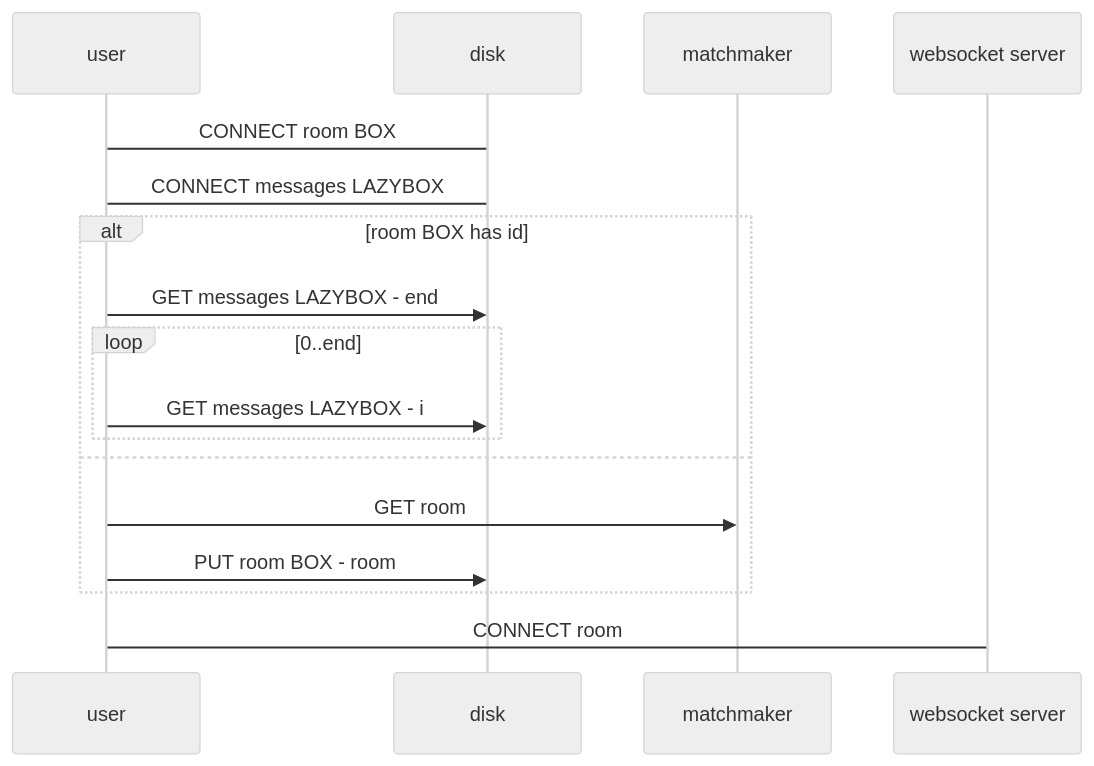
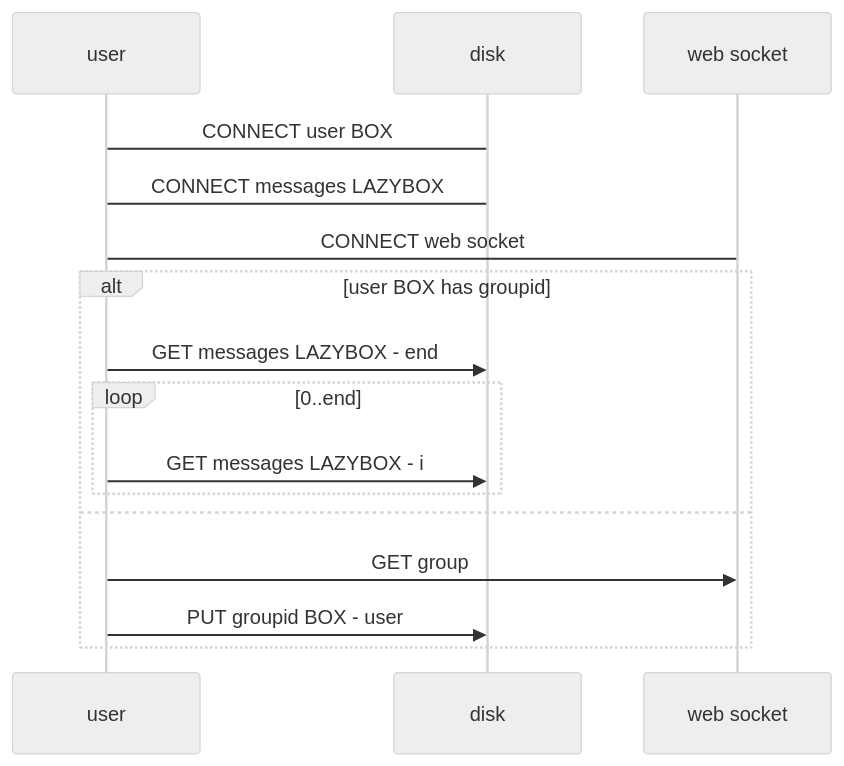
The third of 4 diagrams in README.md (AdrKacz/super-duper-guacamole), drawn with Mermaid (neutral theme) before and after one commit. The commit also changed other lines of this file, not shown here.

````diff
--- a/README.md
+++ b/README.md
@@ -99,20 +94,20 @@
 ```mermaid
 sequenceDiagram
     participant u as user
     participant d as disk
-    participant m as matchmaker
-    participant w as websocket server
-    u -> d: CONNECT room BOX
+    participant w as web socket
+    u -> d: CONNECT user BOX
     u -> d: CONNECT messages LAZYBOX
-    alt room BOX has id
+
+    u -> w: CONNECT web socket
+    alt user BOX has groupid
         u ->> d: GET messages LAZYBOX - end
         loop 0..end
             u ->> d: GET messages LAZYBOX - i
         end
     else
-        u ->> m: GET room
-        u ->> d: PUT room BOX - room
+        u ->> w: GET group
+        u ->> d: PUT groupid BOX - user
         
     end
-    u -> w: CONNECT room
 ```
````
